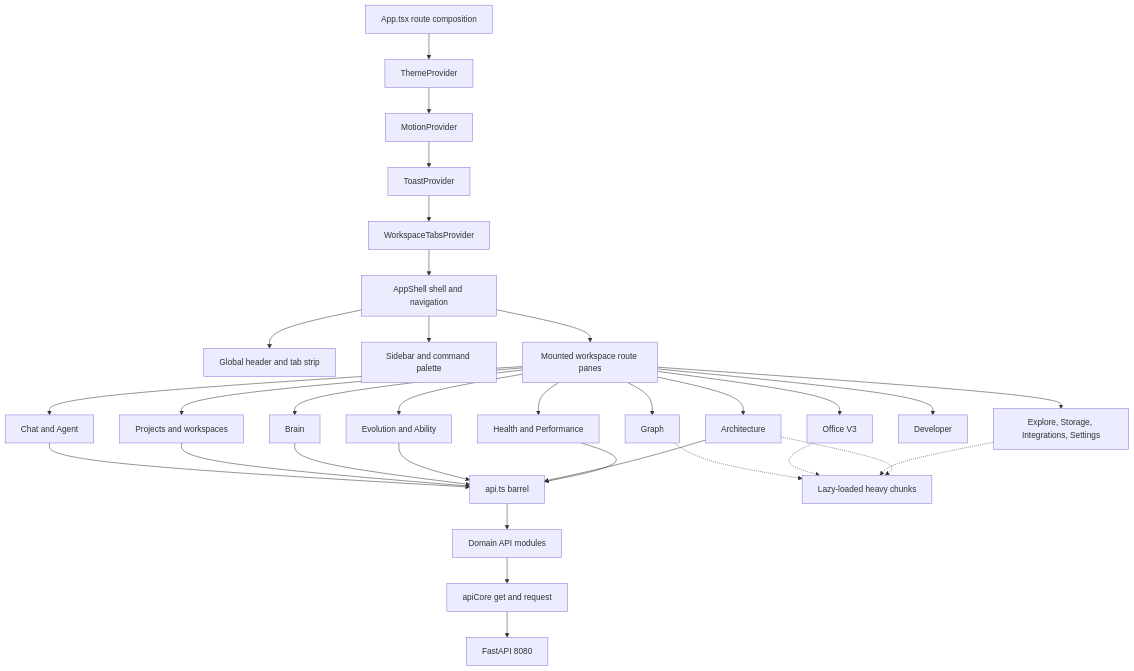
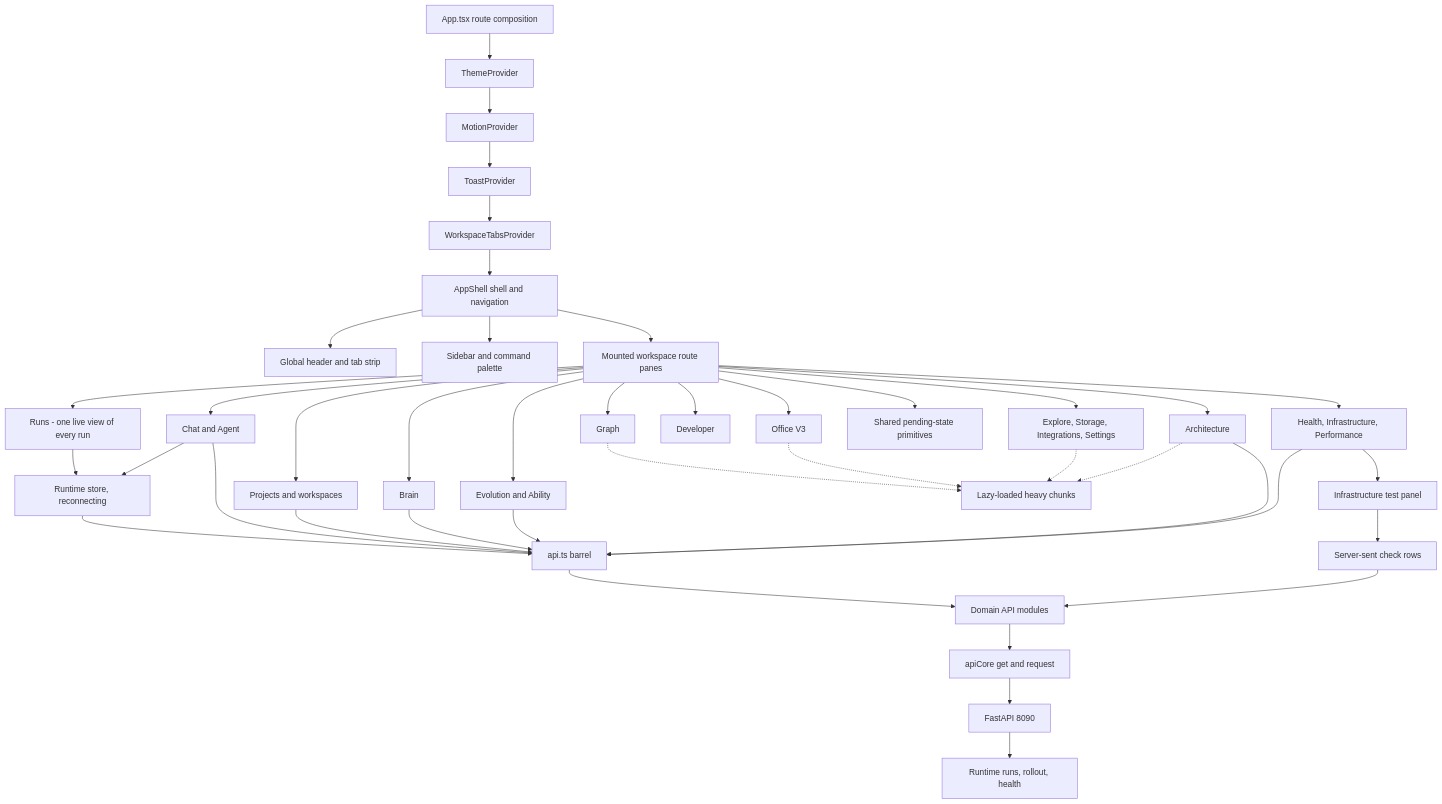
Before and after one commit to binhvu284/tobi: the diagram in docs/architecture/diagrams/mission-control.mmd, drawn with Mermaid. The commit also changed 265 other files, not shown here.

```diff
--- a/docs/architecture/diagrams/mission-control.mmd
+++ b/docs/architecture/diagrams/mission-control.mmd
@@ -1,39 +1,51 @@
-%% Mission Control — React frontend architecture (canonical). Flowchart-only subset (#20).
-%% Derived from dashboard/src App.tsx composition, the provider stack, and the API client split.
+%% Mission Control - React frontend architecture (canonical). Flowchart-only subset (#20).
+%% Updated for #21: the Runs pane, the shared runtime store, and the Health infrastructure test.
 flowchart TD
   App[App.tsx route composition] --> Theme[ThemeProvider]
   Theme --> Motion[MotionProvider]
   Motion --> Toast[ToastProvider]
   Toast --> Tabs[WorkspaceTabsProvider]
   Tabs --> Shell[AppShell shell and navigation]
 
   Shell --> Header[Global header and tab strip]
   Shell --> Sidebar[Sidebar and command palette]
   Shell --> Panes[Mounted workspace route panes]
 
   Panes --> Chat[Chat and Agent]
+  Panes --> Runs[Runs - one live view of every run]
   Panes --> Projects[Projects and workspaces]
   Panes --> Brain[Brain]
   Panes --> Graph[Graph]
   Panes --> Evolution[Evolution and Ability]
   Panes --> Architecture[Architecture]
   Panes --> Office[Office V3]
-  Panes --> Health[Health and Performance]
+  Panes --> Health[Health, Infrastructure, Performance]
   Panes --> Developer[Developer]
   Panes --> More[Explore, Storage, Integrations, Settings]
 
-  Chat --> Client[api.ts barrel]
+  Runs --> RuntimeStore[Runtime store, reconnecting]
+  Chat --> RuntimeStore
+  RuntimeStore --> Client[api.ts barrel]
+
+  Health --> InfraCheck[Infrastructure test panel]
+  InfraCheck --> Stream[Server-sent check rows]
+
+  Chat --> Client
   Projects --> Client
   Brain --> Client
   Evolution --> Client
   Architecture --> Client
   Health --> Client
 
   Client --> Domains[Domain API modules]
+  Stream --> Domains
   Domains --> Core[apiCore get and request]
-  Core --> DashAPI[FastAPI 8080]
+  Core --> DashAPI[FastAPI 8090]
+  DashAPI --> RuntimeAPI[Runtime runs, rollout, health]
+
+  Panes --> Async[Shared pending-state primitives]
 
   Graph -.-> Lazy[Lazy-loaded heavy chunks]
   Office -.-> Lazy
   More -.-> Lazy
   Architecture -.-> Lazy
```
